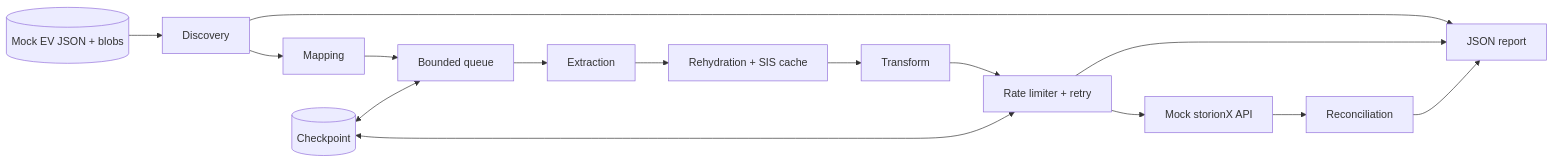
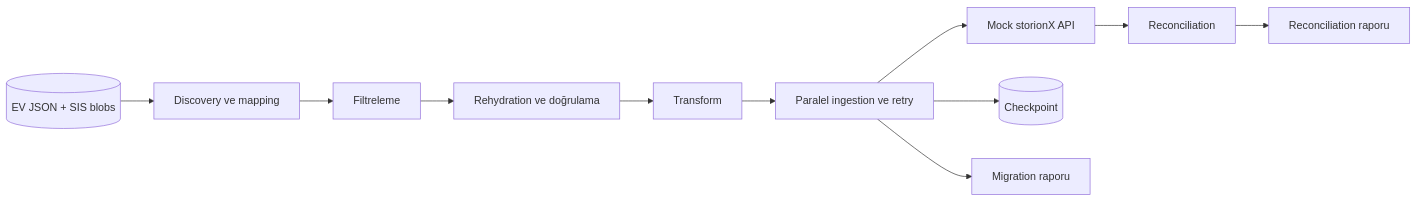
Before and after one commit to Sabritocaster/arksoft: the diagram in DESIGN.md, drawn with Mermaid. The commit also changed other lines of this file and 14 other files, not shown here.

````diff
--- a/DESIGN.md
+++ b/DESIGN.md
@@ -64,18 +36,13 @@
 ```mermaid
 flowchart LR
-    EV[(Mock EV JSON + blobs)] --> D[Discovery]
-    D --> M[Mapping]
-    M --> Q[Bounded queue]
-    Q --> E[Extraction]
-    E --> R[Rehydration + SIS cache]
+    EV[(EV JSON + SIS blobs)] --> D[Discovery ve mapping]
+    D --> M[Filtreleme]
+    M --> R[Rehydration ve doğrulama]
     R --> T[Transform]
-    T --> I[Rate limiter + retry]
+    T --> I[Paralel ingestion ve retry]
     I --> API[Mock storionX API]
+    I --> C[(Checkpoint)]
+    I --> P[Migration raporu]
     API --> V[Reconciliation]
-
-    S[(Checkpoint)] <--> Q
-    S <--> I
-    D --> P[JSON report]
-    I --> P
-    V --> P
+    V --> RP[Reconciliation raporu]
 ```
````
